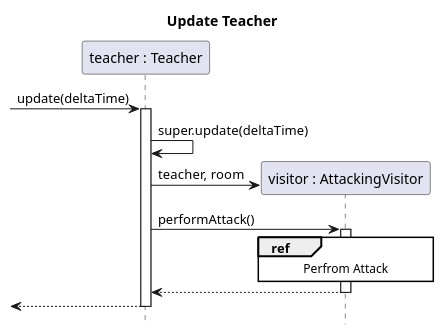
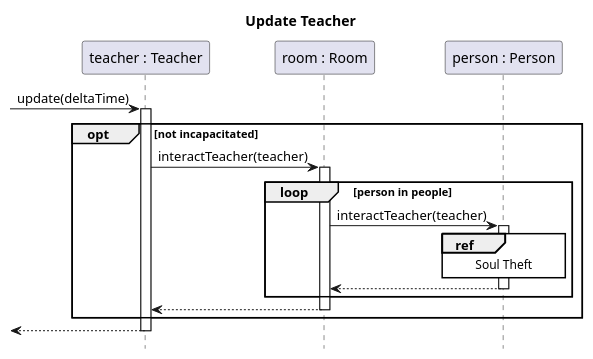
The diagram in docs/diagrams/sequence/teacher-update.puml (sn4k3ch4rm3r/logarlec), drawn with PlantUML before and after one commit. The commit also changed 3 other files, not shown here.

```diff
--- a/docs/diagrams/sequence/teacher-update.puml
+++ b/docs/diagrams/sequence/teacher-update.puml
@@ -1,17 +1,22 @@
 @startuml teacher-update
 title Update Teacher
 hide footbox
 skinparam SequenceReferenceBackgroundColor white
 
 participant "teacher : Teacher" as teacher
+participant "room : Room" as room
+participant "person : Person" as person
 
 [-> teacher ++: update(deltaTime)
-	teacher -> teacher : super.update(deltaTime)
-	create "visitor : AttackingVisitor" as visitor
-	teacher -> visitor : teacher, room
-	teacher -> visitor ++: performAttack()
-	ref over visitor : Perfrom Attack
-	return
+	opt not incapacitated
+		teacher -> room ++: interactTeacher(teacher)
+			loop person in people
+				room -> person ++: interactTeacher(teacher)
+					ref over person: Soul Theft
+				return
+			end
+		return
+	end
 return 
 
 @enduml
```
